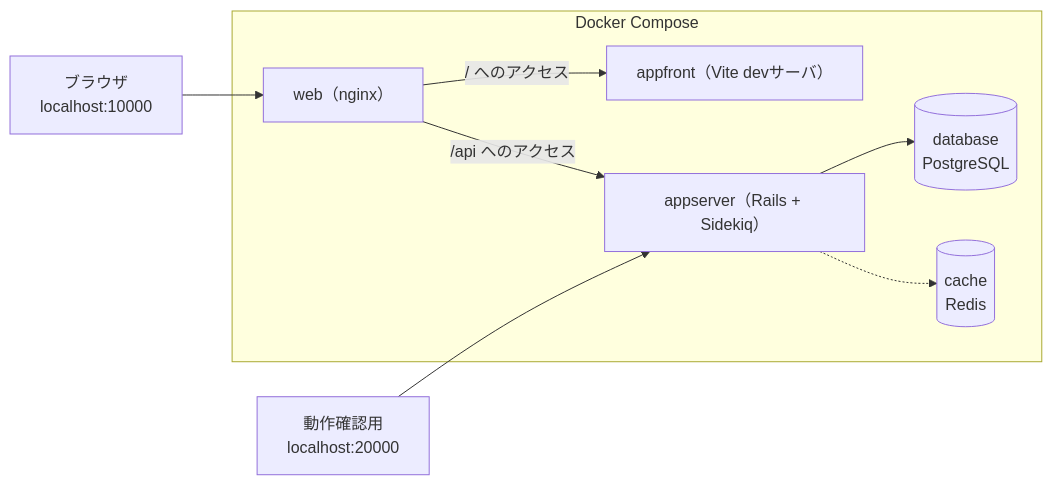
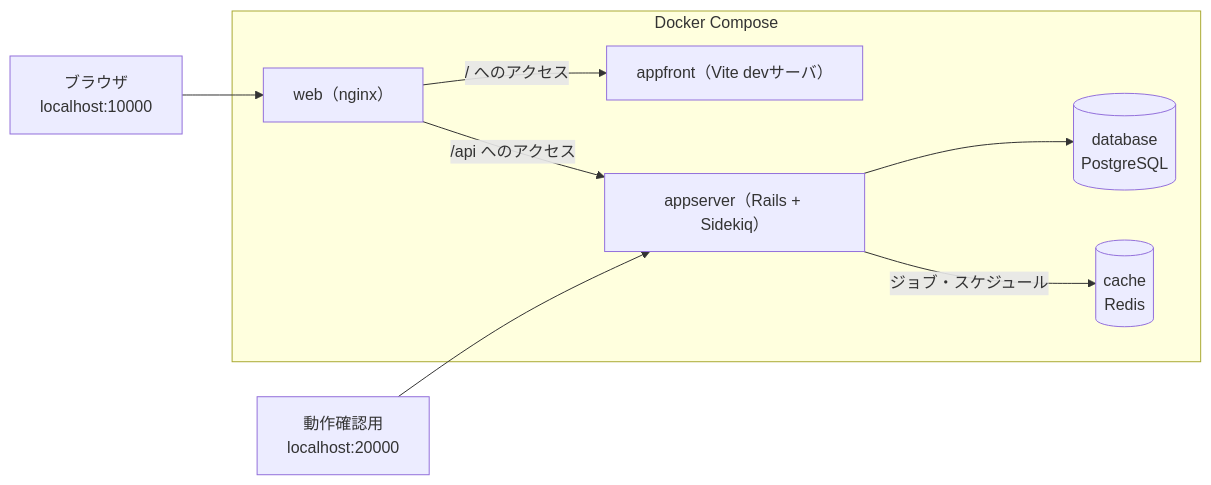
Before and after one commit to shin4488/financial-statement: the first of 3 diagrams in docs/guide/04_system.md, drawn with Mermaid. The commit also changed 2 other files, not shown here.

Commit message:
docs: 構成図のRedisへの線を、ジョブとスケジュールを表す実線にする
README・docs/guide/04・05の構成図では、Redisへの線だけが点線だったが、どの図にも点線の意味が書かれておらず、実線との違いを読み取れなかった。Redisが持つのは取込ジョブのキューとsidekiq-cronのスケジュールで、財務データではない。線の種類で区別する代わりに、実線にして「ジョブ・スケジュール」のラベルで流れるものを示す。

````diff
--- a/docs/guide/04_system.md
+++ b/docs/guide/04_system.md
@@ -17,11 +17,11 @@
 ```mermaid
 flowchart LR
     Browser["ブラウザ<br>localhost:10000"] --> Web
     subgraph "Docker Compose"
         Web["web（nginx）"] -->|"/ へのアクセス"| Front["appfront（Vite devサーバ）"]
         Web -->|"/api へのアクセス"| Server["appserver（Rails + Sidekiq）"]
         Server --> Database[("database<br>PostgreSQL")]
-        Server -.-> Cache[("cache<br>Redis")]
+        Server -->|"ジョブ・スケジュール"| Cache[("cache<br>Redis")]
     end
     Browser2["動作確認用<br>localhost:20000"] --> Server
 ```
````
